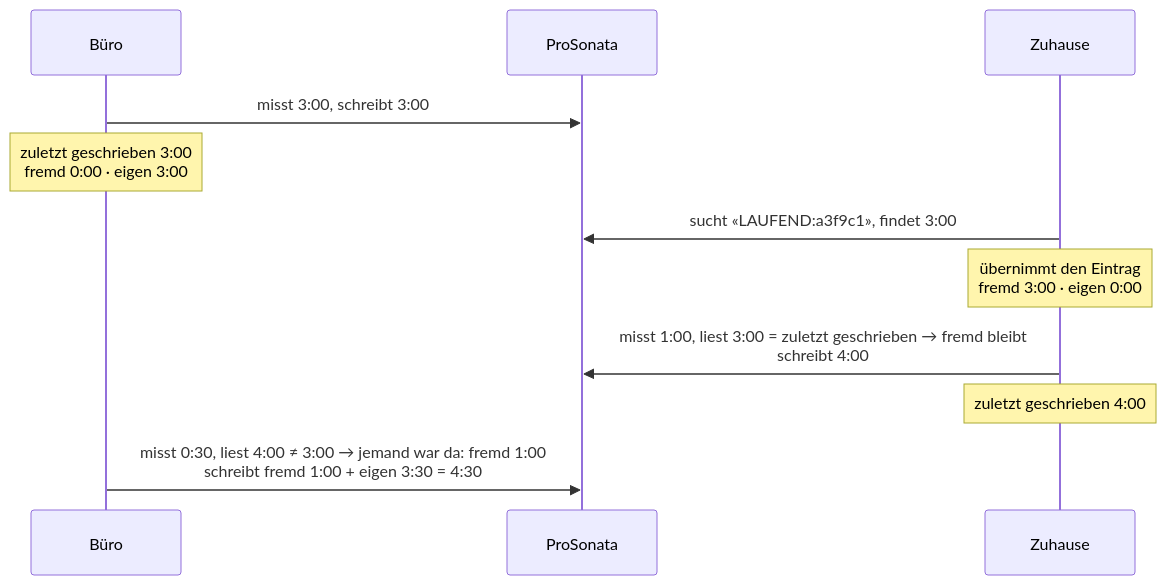
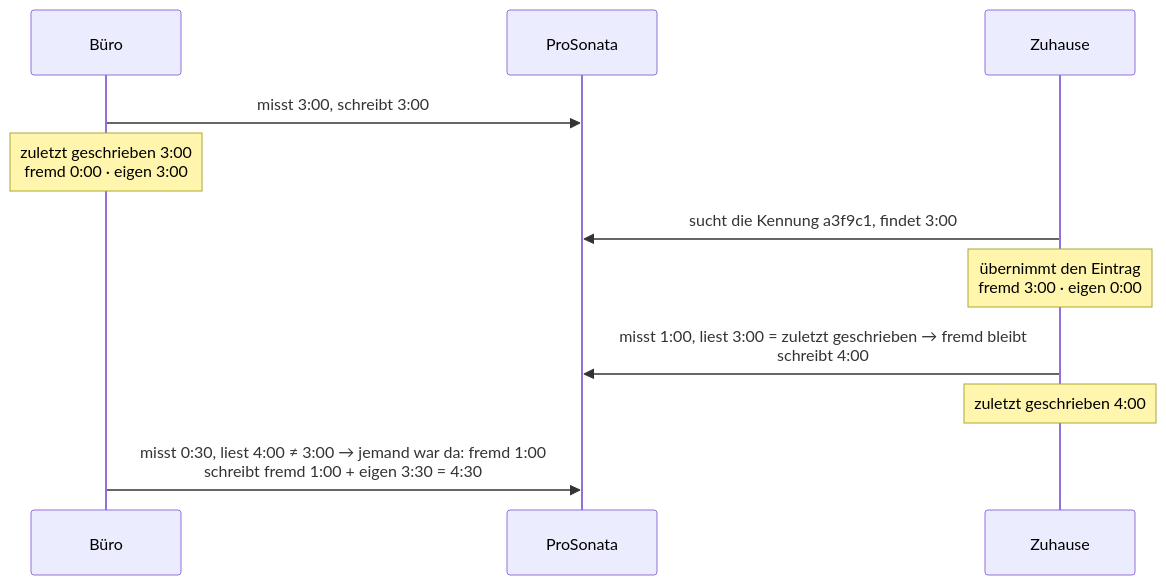
Before and after one commit to profitlich-ch/prosonata-vscode-tools: the third of 4 diagrams in README.md, drawn with Mermaid. The commit also changed other lines of this file and 16 other files, not shown here.

````diff
--- a/README.md
+++ b/README.md
@@ -166,13 +164,13 @@
 ```mermaid
 sequenceDiagram
     participant B as Büro
     participant P as ProSonata
     participant Z as Zuhause
     B->>P: misst 3:00, schreibt 3:00
     Note over B: zuletzt geschrieben 3:00<br/>fremd 0:00 · eigen 3:00
-    Z->>P: sucht «LAUFEND:a3f9c1», findet 3:00
+    Z->>P: sucht die Kennung a3f9c1, findet 3:00
     Note over Z: übernimmt den Eintrag<br/>fremd 3:00 · eigen 0:00
     Z->>P: misst 1:00, liest 3:00 = zuletzt geschrieben → fremd bleibt<br/>schreibt 4:00
     Note over Z: zuletzt geschrieben 4:00
     B->>P: misst 0:30, liest 4:00 ≠ 3:00 → jemand war da: fremd 1:00<br/>schreibt fremd 1:00 + eigen 3:30 = 4:30
 ```
````
